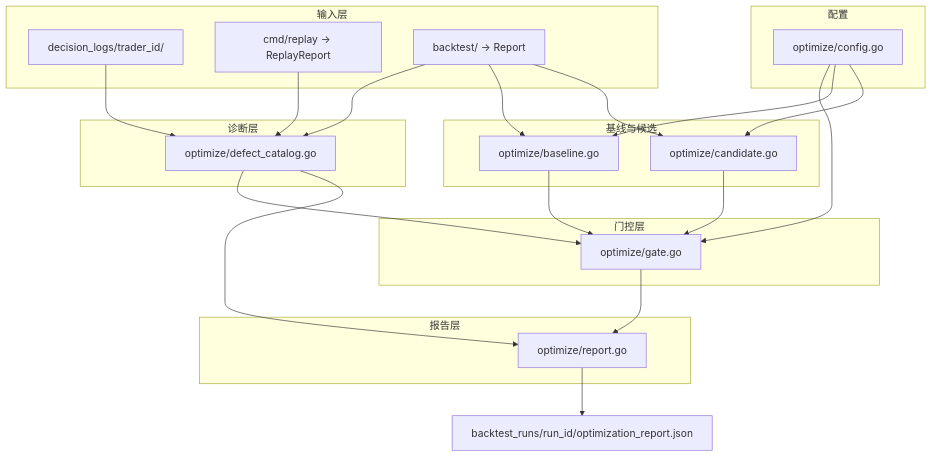
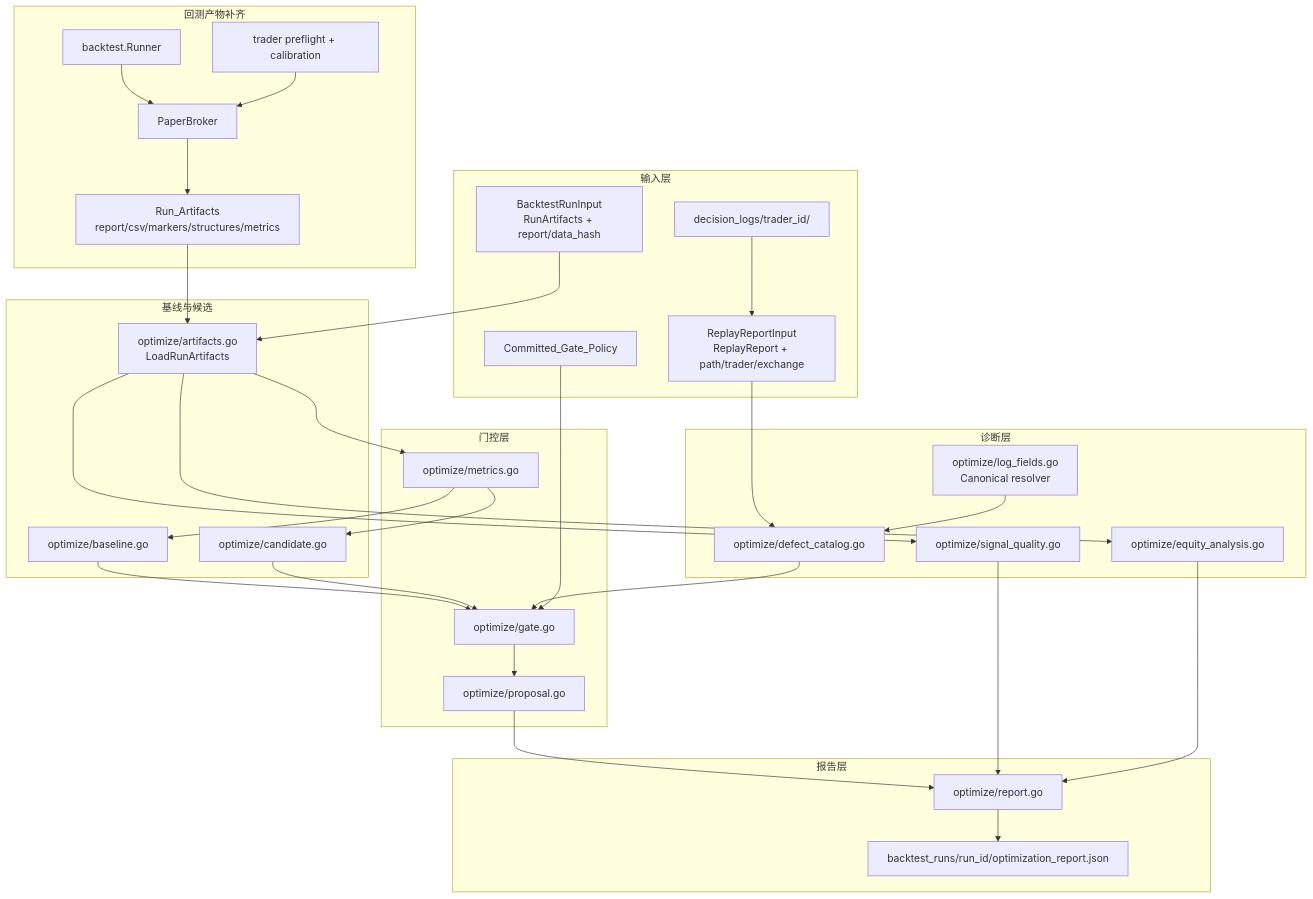
Before and after one commit to xdengpao/nofx: the first of 3 diagrams in .kiro/specs/programmatic-chanlun-profit-optimization/design.md, drawn with Mermaid. The commit also changed other lines of this file and 34 other files, not shown here.

````diff
--- a/.kiro/specs/programmatic-chanlun-profit-optimization/design.md
+++ b/.kiro/specs/programmatic-chanlun-profit-optimization/design.md
@@ -15,44 +24,63 @@
 ```mermaid
 flowchart TD
     subgraph 输入层
         DL[decision_logs/trader_id/]
-        RP[cmd/replay → ReplayReport]
-        BT[backtest/ → Report]
+        RP[ReplayReportInput<br/>ReplayReport + path/trader/exchange]
+        BT[BacktestRunInput<br/>RunArtifacts + report/data_hash]
+        GP[Committed_Gate_Policy]
+    end
+
+    subgraph 回测产物补齐
+        BTR[backtest.Runner]
+        PB[PaperBroker]
+        TP[trader preflight + calibration]
+        RA[Run_Artifacts<br/>report/csv/markers/structures/metrics]
+        BTR --> PB
+        TP --> PB
+        PB --> RA
     end
 
     subgraph 诊断层
+        LF[optimize/log_fields.go<br/>Canonical resolver]
         DC[optimize/defect_catalog.go]
-        DL --> DC
-        RP --> DC
-        BT --> DC
+        SQ[optimize/signal_quality.go]
+        EQ[optimize/equity_analysis.go]
     end
 
     subgraph 基线与候选
         BR[optimize/baseline.go]
         CR[optimize/candidate.go]
-        BT --> BR
-        BT --> CR
+        ART[optimize/artifacts.go<br/>LoadRunArtifacts]
     end
 
     subgraph 门控层
+        MT[optimize/metrics.go]
         OG[optimize/gate.go]
-        BR --> OG
-        CR --> OG
-        DC --> OG
+        PR[optimize/proposal.go]
     end
 
     subgraph 报告层
         RPT[optimize/report.go]
-        OG --> RPT
-        DC --> RPT
+        OUT[backtest_runs/run_id/optimization_report.json]
     end
 
-    subgraph 配置
-        CFG[optimize/config.go]
-        CFG --> OG
-        CFG --> BR
-        CFG --> CR
-    end
-
-    RPT --> OUT[backtest_runs/run_id/optimization_report.json]
+    DL --> RP
+    RP --> DC
+    BT --> ART
+    RA --> ART
+    ART --> MT
+    ART --> SQ
+    ART --> EQ
+    LF --> DC
+    MT --> BR
+    MT --> CR
+    BR --> OG
+    CR --> OG
+    DC --> OG
+    GP --> OG
+    OG --> PR
+    PR --> RPT
+    SQ --> RPT
+    EQ --> RPT
+    RPT --> OUT
 ```
````
